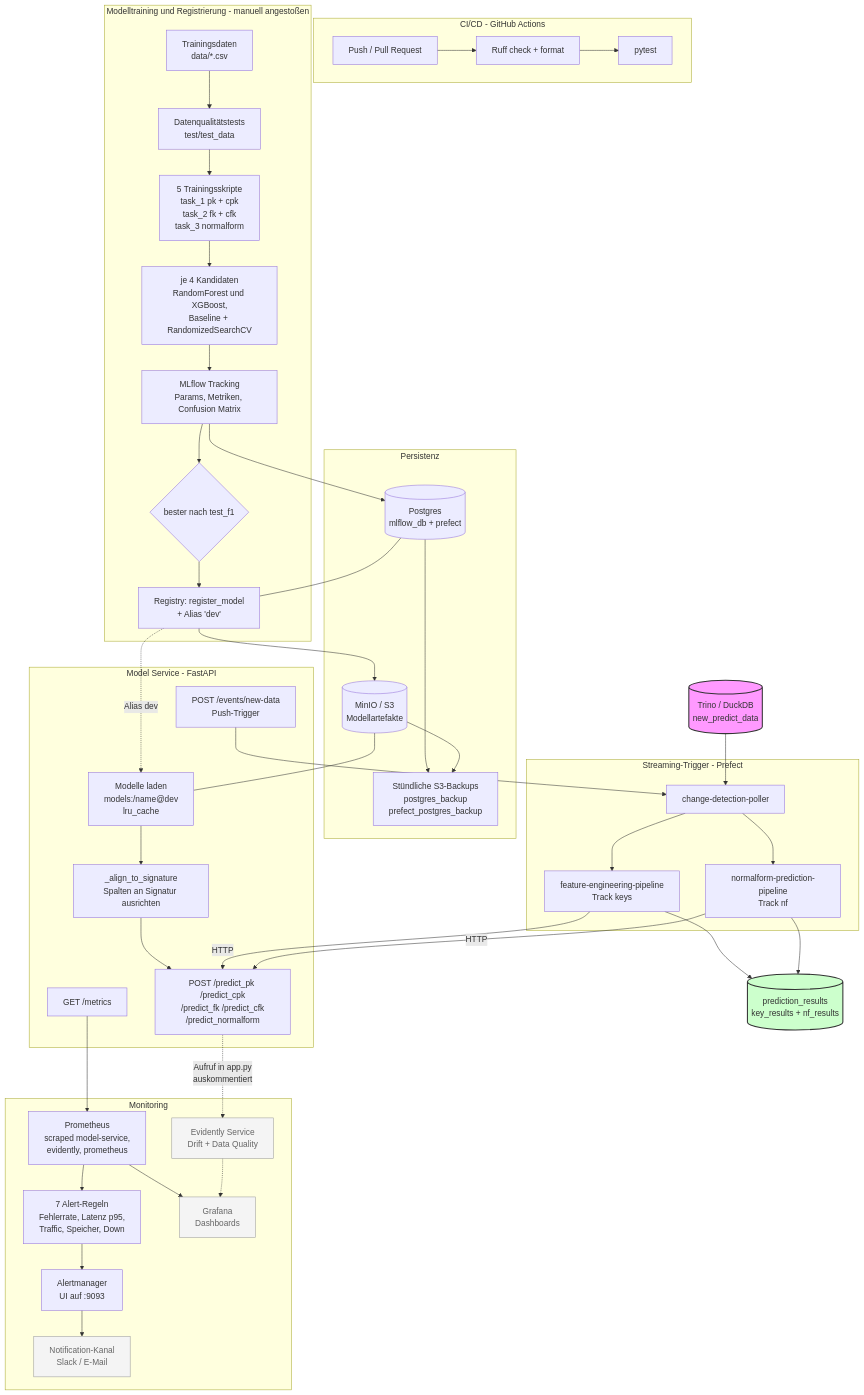
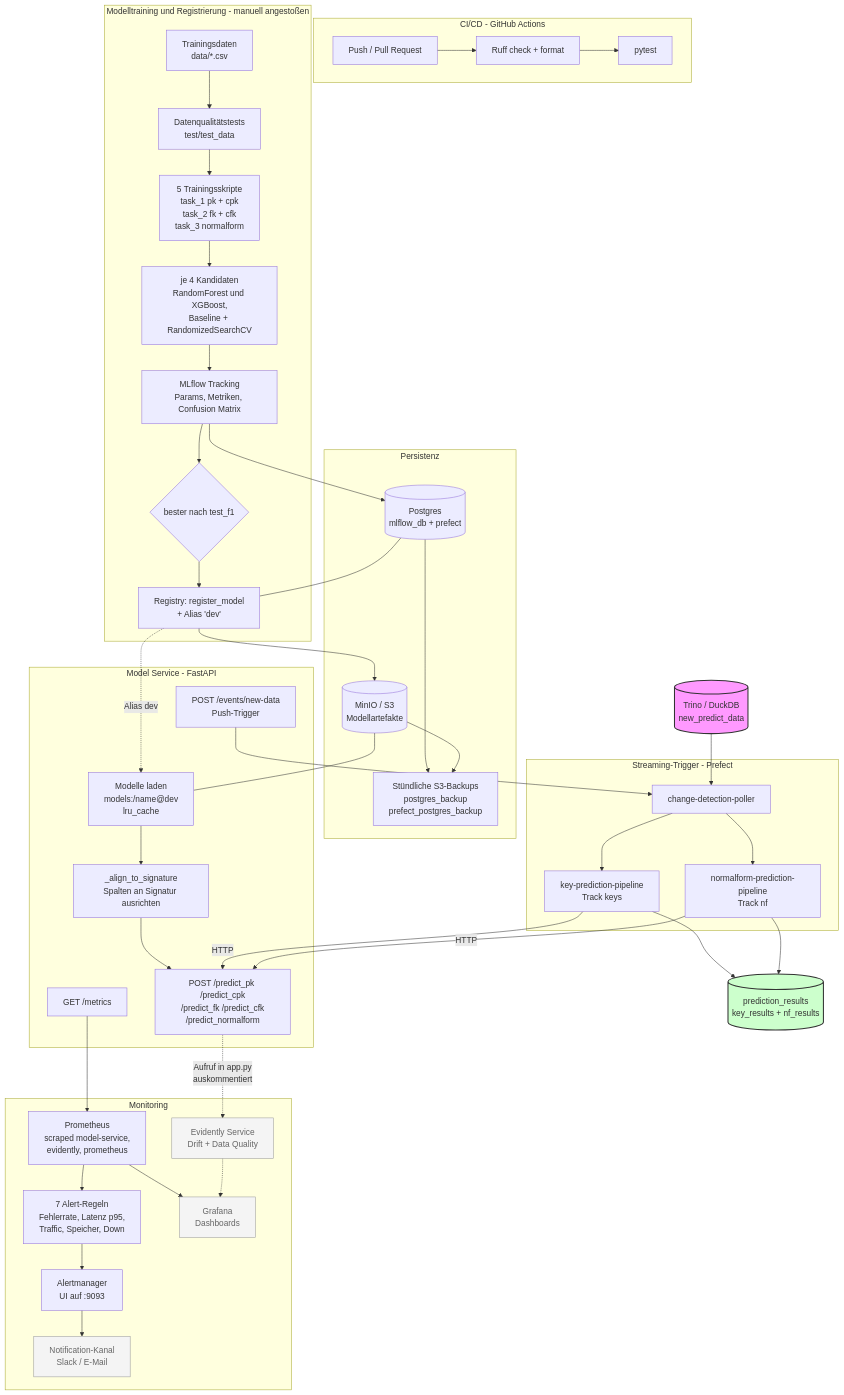
Before and after one commit to ChrDro/mlops-alligator-metaswamp: the first of 3 diagrams in documentation/flowchart.md, drawn with Mermaid. The commit also changed other lines of this file and 3 other files, not shown here.

Commit message:
Renamed prefect pipeline feature-engineering-pipeline to key-prediction-pipeline

````diff
--- a/documentation/flowchart.md
+++ b/documentation/flowchart.md
@@ -13,75 +13,75 @@
 ```mermaid
 graph TD
     subgraph CI["CI/CD - GitHub Actions"]
         PUSH["Push / Pull Request"] --> LINT["Ruff check + format"]
         LINT --> PYTEST["pytest"]
     end
 
     subgraph TRAIN["Modelltraining und Registrierung - manuell angestoßen"]
         TRAINDATA["Trainingsdaten<br/>data/*.csv"] --> DQ["Datenqualitätstests<br/>test/test_data"]
         DQ --> SCRIPTS["5 Trainingsskripte<br/>task_1 pk + cpk<br/>task_2 fk + cfk<br/>task_3 normalform"]
         SCRIPTS --> CAND["je 4 Kandidaten<br/>RandomForest und XGBoost,<br/>Baseline + RandomizedSearchCV"]
         CAND --> TRACK["MLflow Tracking<br/>Params, Metriken, Confusion Matrix"]
         TRACK --> BEST{"bester nach test_f1"}
         BEST --> REG["Registry: register_model<br/>+ Alias 'dev'"]
     end
 
     subgraph PERSIST["Persistenz"]
         PGDB[("Postgres<br/>mlflow_db + prefect")]
         MINIO[("MinIO / S3<br/>Modellartefakte")]
         BACKUP["Stündliche S3-Backups<br/>postgres_backup<br/>prefect_postgres_backup"]
         PGDB --> BACKUP
         MINIO --> BACKUP
     end
 
     TRACK --> PGDB
     REG --> MINIO
 
     subgraph SERVE["Model Service - FastAPI"]
         LOAD["Modelle laden<br/>models:/name@dev<br/>lru_cache"]
         ALIGN["_align_to_signature<br/>Spalten an Signatur ausrichten"]
         EP["POST /predict_pk /predict_cpk<br/>/predict_fk /predict_cfk<br/>/predict_normalform"]
         HOOK["POST /events/new-data<br/>Push-Trigger"]
         METRICS["GET /metrics"]
         LOAD --> ALIGN --> EP
     end
 
     REG -.->|"Alias dev"| LOAD
     PGDB --- REG
     MINIO --- LOAD
 
     subgraph STREAM["Streaming-Trigger - Prefect"]
         DETECT["change-detection-poller"]
-        PKFK["feature-engineering-pipeline<br/>Track keys"]
+        PKFK["key-prediction-pipeline<br/>Track keys"]
         NF["normalform-prediction-pipeline<br/>Track nf"]
     end
 
     SRC[("Trino / DuckDB<br/>new_predict_data")] --> DETECT
     HOOK --> DETECT
     DETECT --> PKFK
     DETECT --> NF
     PKFK -->|"HTTP"| EP
     NF -->|"HTTP"| EP
     PKFK --> RESULTS[("prediction_results<br/>key_results + nf_results")]
     NF --> RESULTS
 
     subgraph MON["Monitoring"]
         PROM["Prometheus<br/>scraped model-service,<br/>evidently, prometheus"]
         ALERTS["7 Alert-Regeln<br/>Fehlerrate, Latenz p95,<br/>Traffic, Speicher, Down"]
         AM["Alertmanager<br/>UI auf :9093"]
         NOTIFY["Notification-Kanal<br/>Slack / E-Mail"]
         GRAF["Grafana<br/>Dashboards"]
         EVID["Evidently Service<br/>Drift + Data Quality"]
         PROM --> ALERTS --> AM --> NOTIFY
         PROM --> GRAF
     end
 
     METRICS --> PROM
     EP -.->|"Aufruf in app.py<br/>auskommentiert"| EVID
     EVID -.-> GRAF
 
     classDef offen fill:#f4f4f4,stroke:#999,stroke-width:1px,color:#666
     class NOTIFY,GRAF,EVID offen
     style SRC fill:#f9f,stroke:#333,stroke-width:2px
     style RESULTS fill:#cfc,stroke:#333,stroke-width:2px
 ```
````
